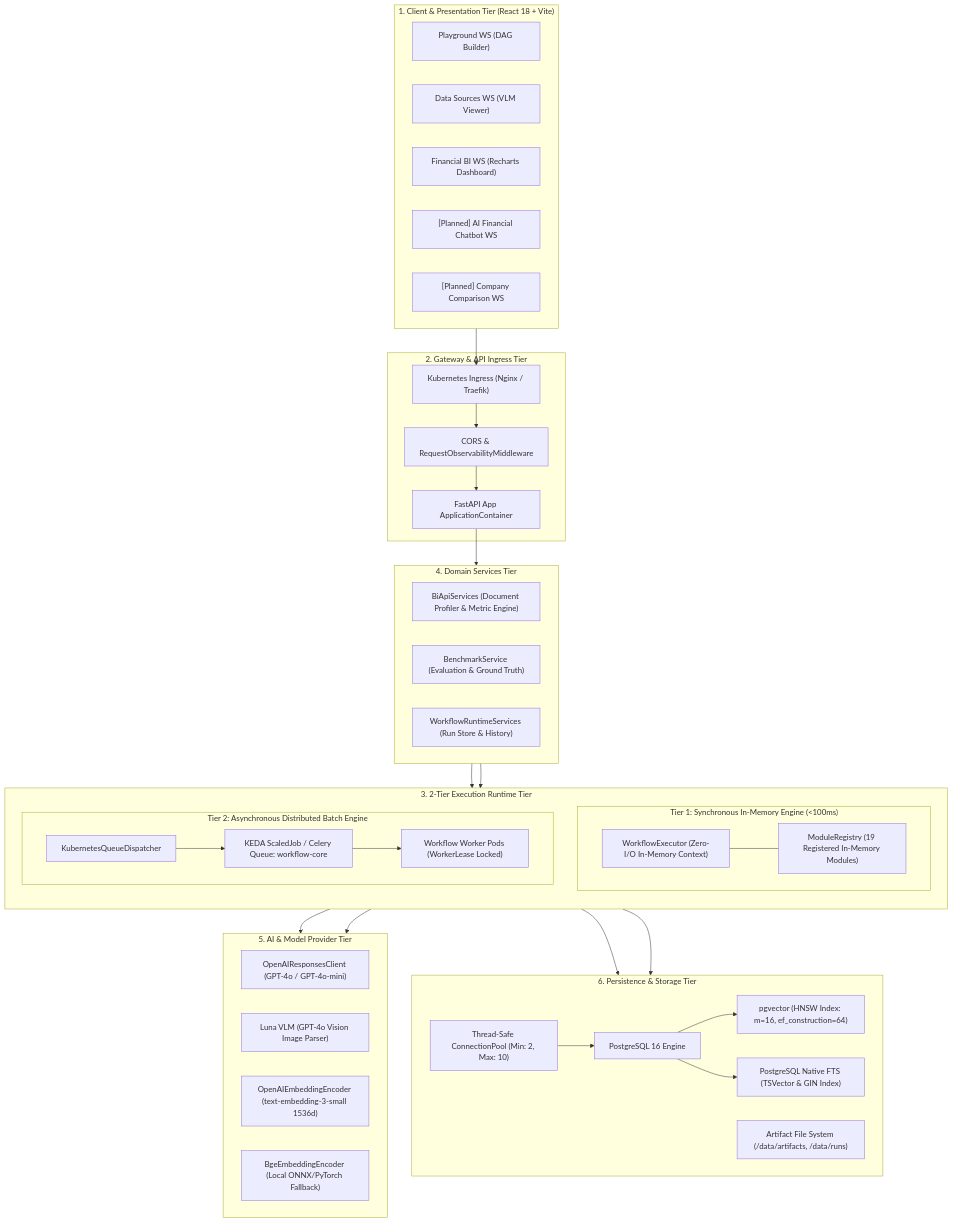
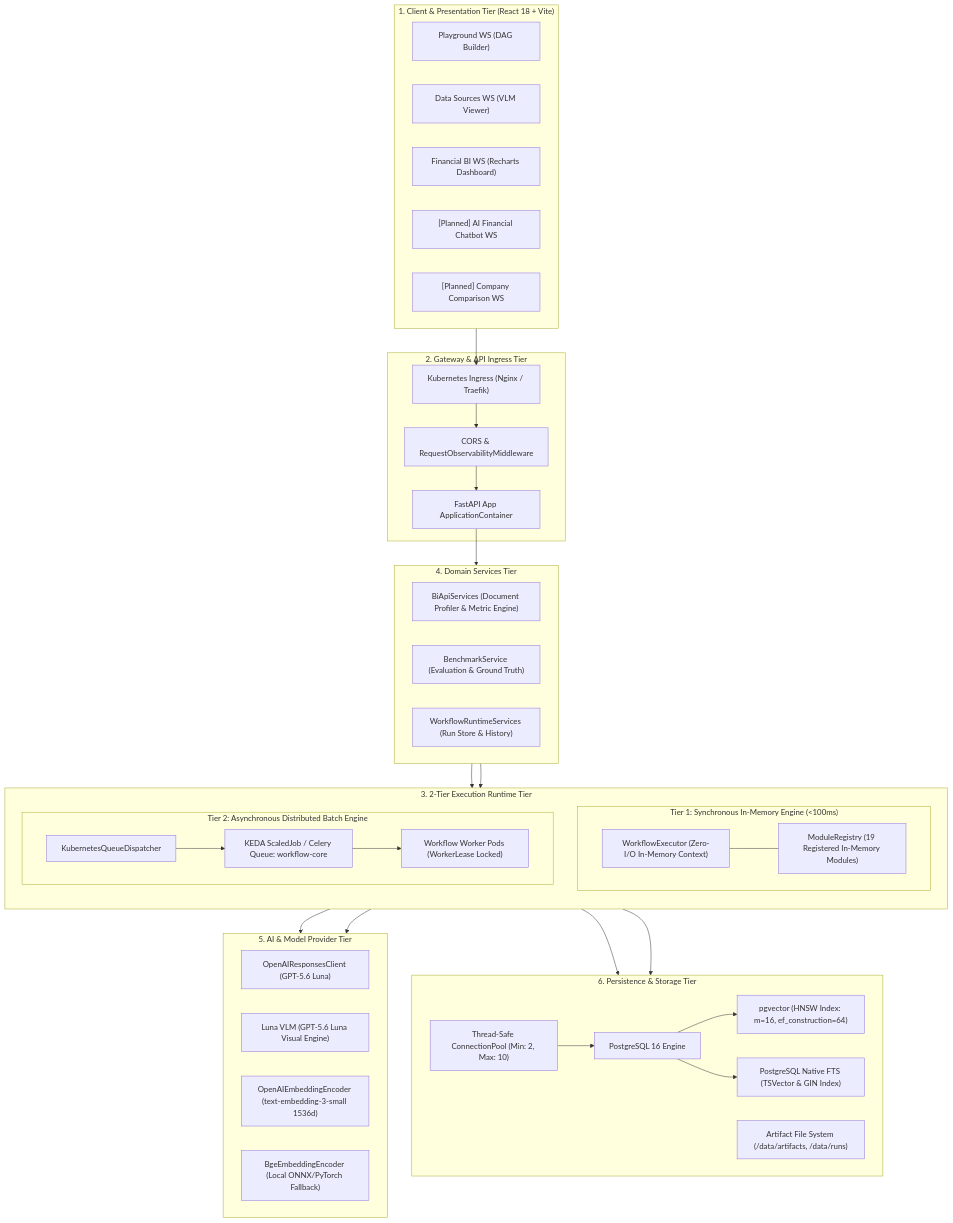
Before and after one commit to bist-mini-final/bist-mini-final: the first of 3 diagrams in docs/01_system_blueprints/BP-101_system_architecture_blueprint.md, drawn with Mermaid. The commit also changed 5 other files, not shown here.

Commit message:
docs: update model specifications to GPT-5.6 Luna across all blueprints

````diff
--- a/docs/01_system_blueprints/BP-101_system_architecture_blueprint.md
+++ b/docs/01_system_blueprints/BP-101_system_architecture_blueprint.md
@@ -11,64 +11,64 @@
 ```mermaid
 flowchart TB
     subgraph ClientTier ["1. Client & Presentation Tier (React 18 + Vite)"]
         UI_PLAY["Playground WS (DAG Builder)"]
         UI_DS["Data Sources WS (VLM Viewer)"]
         UI_BI["Financial BI WS (Recharts Dashboard)"]
         UI_CHAT["[Planned] AI Financial Chatbot WS"]
         UI_COMP["[Planned] Company Comparison WS"]
     end
 
     subgraph GatewayTier ["2. Gateway & API Ingress Tier"]
         INGRESS["Kubernetes Ingress (Nginx / Traefik)"]
         CORS["CORS & RequestObservabilityMiddleware"]
         FASTAPI["FastAPI App ApplicationContainer"]
     end
 
     subgraph RuntimeTier ["3. 2-Tier Execution Runtime Tier"]
         direction TB
         subgraph Tier1 ["Tier 1: Synchronous In-Memory Engine (<100ms)"]
             T1_EXEC["WorkflowExecutor (Zero-I/O In-Memory Context)"]
             T1_REG["ModuleRegistry (19 Registered In-Memory Modules)"]
             T1_EXEC --- T1_REG
         end
         subgraph Tier2 ["Tier 2: Asynchronous Distributed Batch Engine"]
             K8S_DISP["KubernetesQueueDispatcher"]
             KEDA["KEDA ScaledJob / Celery Queue: workflow-core"]
             WORKER_POOL["Workflow Worker Pods (WorkerLease Locked)"]
             K8S_DISP --> KEDA --> WORKER_POOL
         end
     end
 
     subgraph ServiceDomain ["4. Domain Services Tier"]
         BI_SVC["BiApiServices (Document Profiler & Metric Engine)"]
         BM_SVC["BenchmarkService (Evaluation & Ground Truth)"]
         WF_SVC["WorkflowRuntimeServices (Run Store & History)"]
     end
 
     subgraph ProviderTier ["5. AI & Model Provider Tier"]
-        OAI_LLM["OpenAIResponsesClient (GPT-4o / GPT-4o-mini)"]
-        OAI_VLM["Luna VLM (GPT-4o Vision Image Parser)"]
+        OAI_LLM["OpenAIResponsesClient (GPT-5.6 Luna)"]
+        OAI_VLM["Luna VLM (GPT-5.6 Luna Visual Engine)"]
         OAI_EMB["OpenAIEmbeddingEncoder (text-embedding-3-small 1536d)"]
         BGE_EMB["BgeEmbeddingEncoder (Local ONNX/PyTorch Fallback)"]
     end
 
     subgraph StorageTier ["6. Persistence & Storage Tier"]
         PG_POOL["Thread-Safe ConnectionPool (Min: 2, Max: 10)"]
         PG_CORE["PostgreSQL 16 Engine"]
         PG_VEC["pgvector (HNSW Index: m=16, ef_construction=64)"]
         PG_FTS["PostgreSQL Native FTS (TSVector & GIN Index)"]
         DISK_STORE["Artifact File System (/data/artifacts, /data/runs)"]
         PG_POOL --> PG_CORE
         PG_CORE --> PG_VEC
         PG_CORE --> PG_FTS
     end
 
     ClientTier --> INGRESS --> CORS --> FASTAPI
     FASTAPI --> ServiceDomain
     ServiceDomain --> Tier1
     ServiceDomain --> Tier2
     Tier1 --> ProviderTier
     Tier2 --> ProviderTier
     Tier1 --> StorageTier
     Tier2 --> StorageTier
 ```
````
